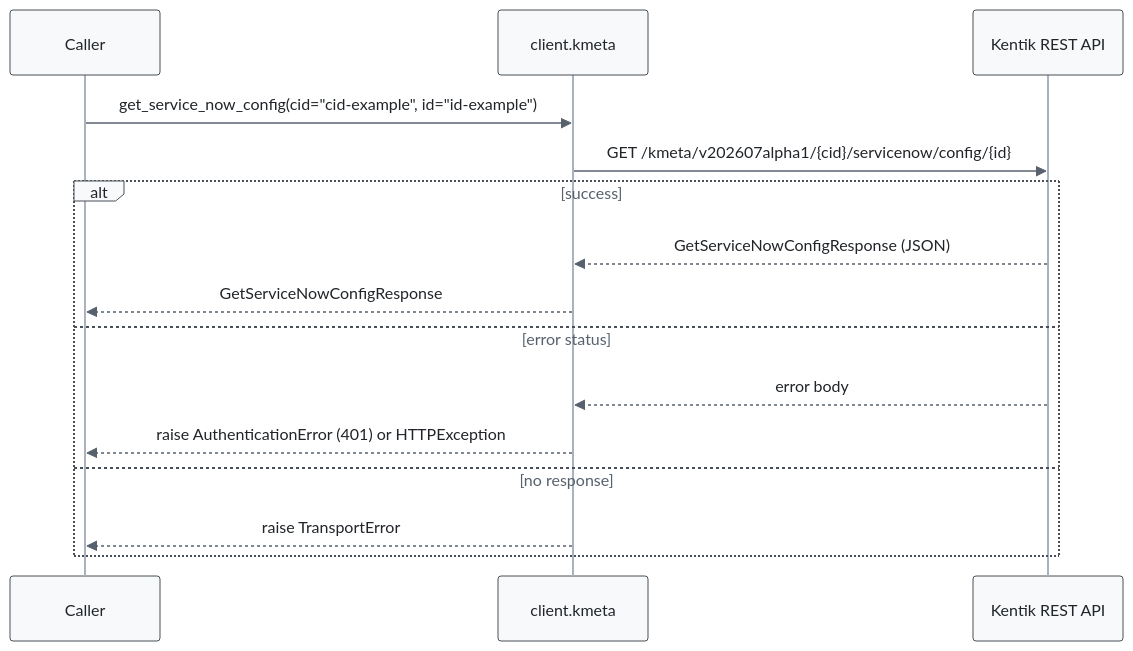
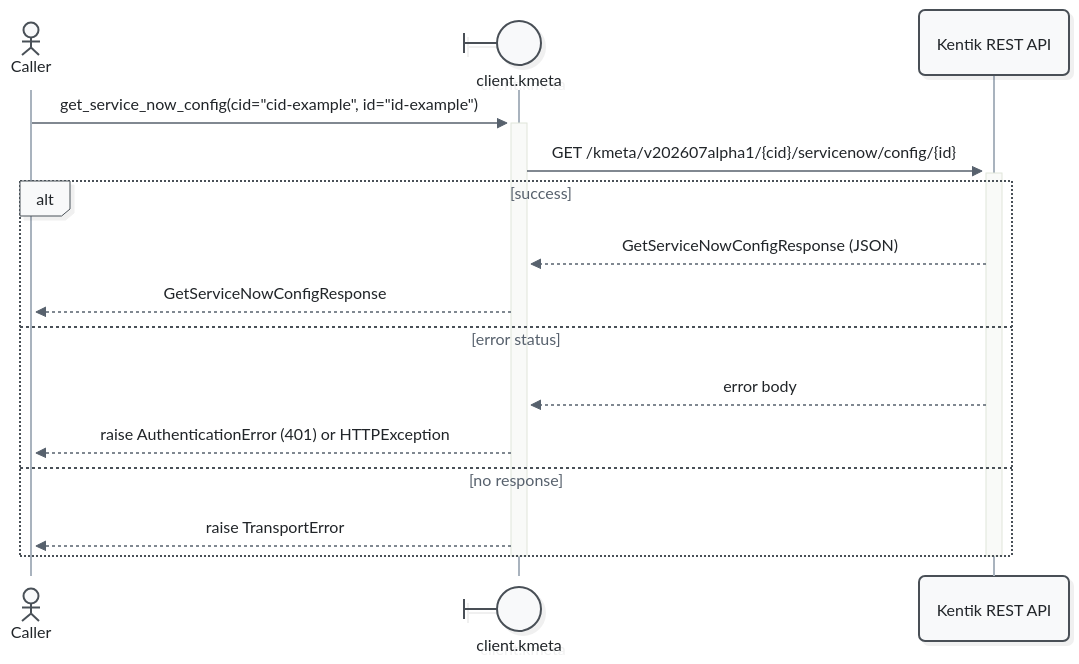
One commit to alexdearaujo/community_sdk_python changed the fifth of 11 diagrams in docs/sphinx/services/kmeta.md. Above: the diagram before and after it, drawn with Mermaid. The commit also changed other lines of this file and 52 other files, not shown here.

First line of the commit message:
docs: Mermaid 12 sequence diagrams with participant types and path colors

````diff
--- a/docs/sphinx/services/kmeta.md
+++ b/docs/sphinx/services/kmeta.md
@@ -192,19 +202,21 @@
 ```mermaid
-%%{init: {"theme": "base", "fontFamily": "ui-monospace, SFMono-Regular, Menlo, monospace", "themeVariables": {"fontFamily": "ui-monospace, SFMono-Regular, Menlo, monospace", "primaryColor": "#f8f9fa", "primaryBorderColor": "#495057", "primaryTextColor": "#212529", "textColor": "#212529", "lineColor": "#77818c", "edgeLabelBackground": "#ffffff", "actorBkg": "#f8f9fa", "actorBorder": "#495057", "actorTextColor": "#212529", "actorLineColor": "#a9b3be", "signalColor": "#57616d", "signalTextColor": "#212529", "labelBoxBkgColor": "#f8f9fa", "labelBoxBorderColor": "#495057", "labelTextColor": "#212529", "loopTextColor": "#57616d", "noteBkgColor": "#fff9db", "noteBorderColor": "#f08c00", "noteTextColor": "#a35a00"}, "flowchart": {"curve": "step", "nodeSpacing": 30, "rankSpacing": 70, "wrappingWidth": 400}}}%%
+%%{init: {"theme": "redux", "look": "neo", "layout": "dagre", "fontFamily": "ui-monospace, SFMono-Regular, Menlo, monospace", "themeVariables": {"fontFamily": "ui-monospace, SFMono-Regular, Menlo, monospace", "primaryColor": "#f8f9fa", "primaryBorderColor": "#495057", "primaryTextColor": "#212529", "textColor": "#212529", "lineColor": "#77818c", "edgeLabelBackground": "#ffffff", "actorBkg": "#f8f9fa", "actorBorder": "#495057", "actorTextColor": "#212529", "actorLineColor": "#a9b3be", "signalColor": "#57616d", "signalTextColor": "#212529", "labelBoxBkgColor": "#f8f9fa", "labelBoxBorderColor": "#495057", "labelTextColor": "#212529", "loopTextColor": "#57616d", "noteBkgColor": "#fff9db", "noteBorderColor": "#f08c00", "noteTextColor": "#a35a00"}, "sequence": {"activationWidth": 16}, "flowchart": {"curve": "step", "nodeSpacing": 30, "rankSpacing": 70, "wrappingWidth": 400}}}%%
 sequenceDiagram
-    participant C as Caller
-    participant W as client.kmeta
+    actor C as Caller
+    participant W@{ "type": "boundary" } as client.kmeta
     participant API as Kentik REST API
 
-    C->>W: get_service_now_config(cid="cid-example", id="id-example")
-    W->>API: GET /kmeta/v202607alpha1/{cid}/servicenow/config/{id}
+    C->>+W: get_service_now_config(cid="cid-example", id="id-example")
+    W->>+API: GET /kmeta/v202607alpha1/{cid}/servicenow/config/{id}
     alt success
         API-->>W: GetServiceNowConfigResponse (JSON)
         W-->>C: GetServiceNowConfigResponse
     else error status
         API-->>W: error body
         W-->>C: raise AuthenticationError (401) or HTTPException
     else no response
         W-->>C: raise TransportError
     end
+    deactivate API
+    deactivate W
 ```
````
